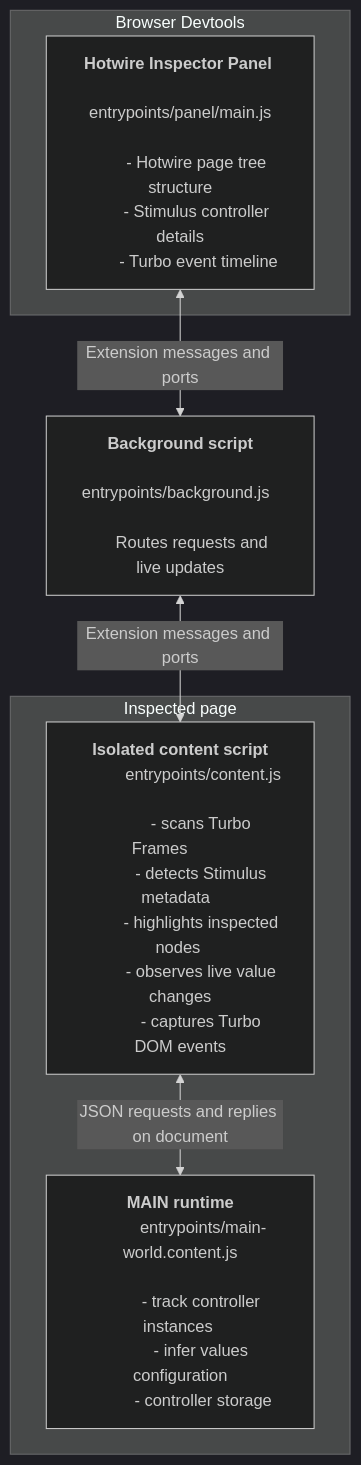
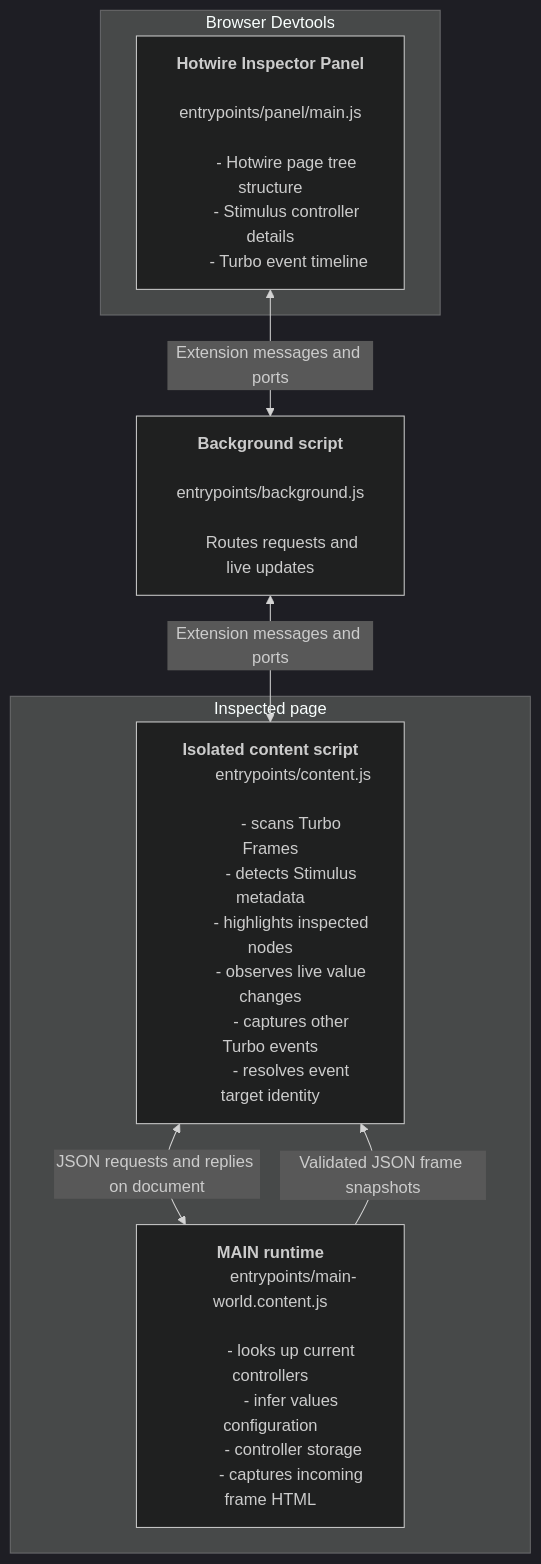
The diagram in README.md (radanskoric/hotwire-inspector), drawn with Mermaid (dark theme) before and after one commit. The commit also changed other lines of this file and 25 other files, not shown here.

First line of the commit message:
Capture turbo events with HTML payloads in the MAIN script

````diff
--- a/README.md
+++ b/README.md
@@ -27,42 +27,45 @@
 ```mermaid
 flowchart TD
     subgraph devtools[Browser Devtools]
-      panel["`**Hotwire Inspector Panel** 
+      panel["`**Hotwire Inspector Panel**
 
         entrypoints/panel/main.js
 
         - Hotwire page tree structure
         - Stimulus controller details
         - Turbo event timeline
       `"]
     end
     background["`**Background script**
 
-      entrypoints/background.js  
+      entrypoints/background.js
 
       Routes requests and live updates
     `"]
     subgraph page[Inspected page]
         content["`**Isolated content script**
 
           entrypoints/content.js
-        
-          - scans Turbo Frames         
-          - detects Stimulus metadata  
-          - highlights inspected nodes 
+
+          - scans Turbo Frames
+          - detects Stimulus metadata
+          - highlights inspected nodes
           - observes live value changes
-          - captures Turbo DOM events  
+          - captures other Turbo events
+          - resolves event target identity
         `"]
         main["`**MAIN runtime**
 
           entrypoints/main-world.content.js
 
-          - track controller instances 
+          - looks up current controllers
           - infer values configuration
           - controller storage
+          - captures incoming frame HTML
         `"]
     end
     panel <-->|Extension messages and ports| background
     background <-->|Extension messages and ports| content
     content <-->|JSON requests and replies on document| main
+    main -->|Validated JSON frame snapshots| content
 ```
````
